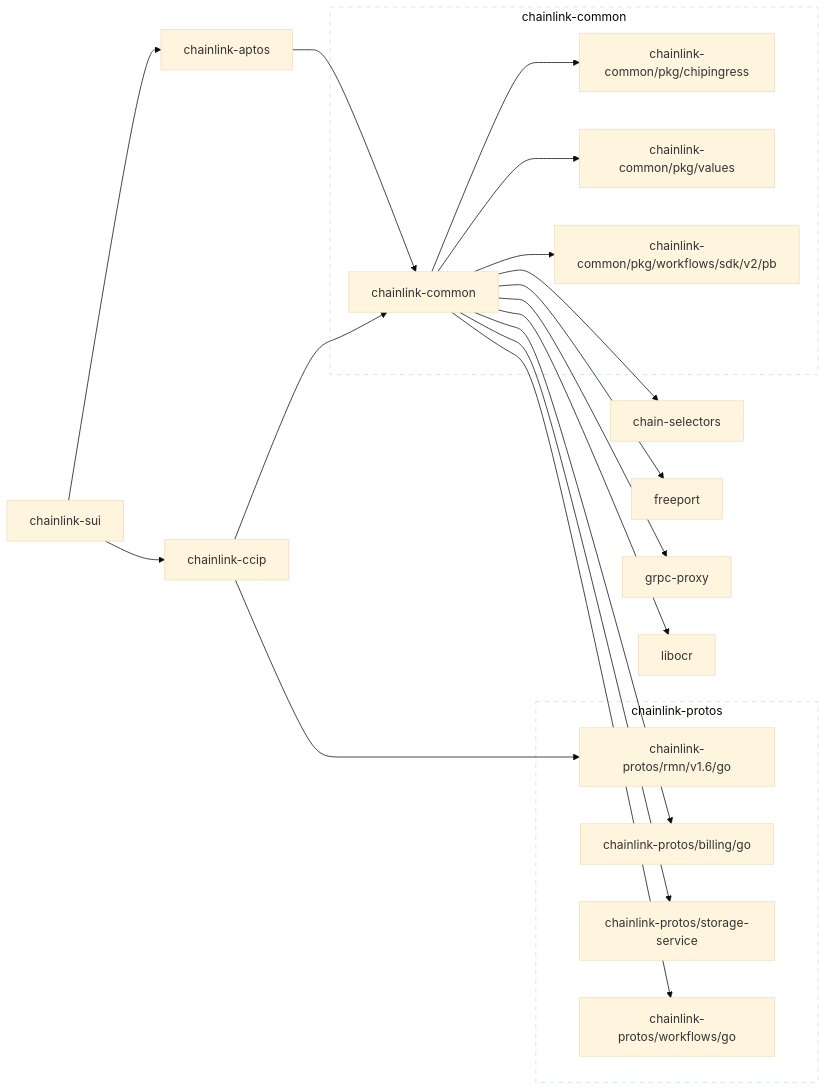
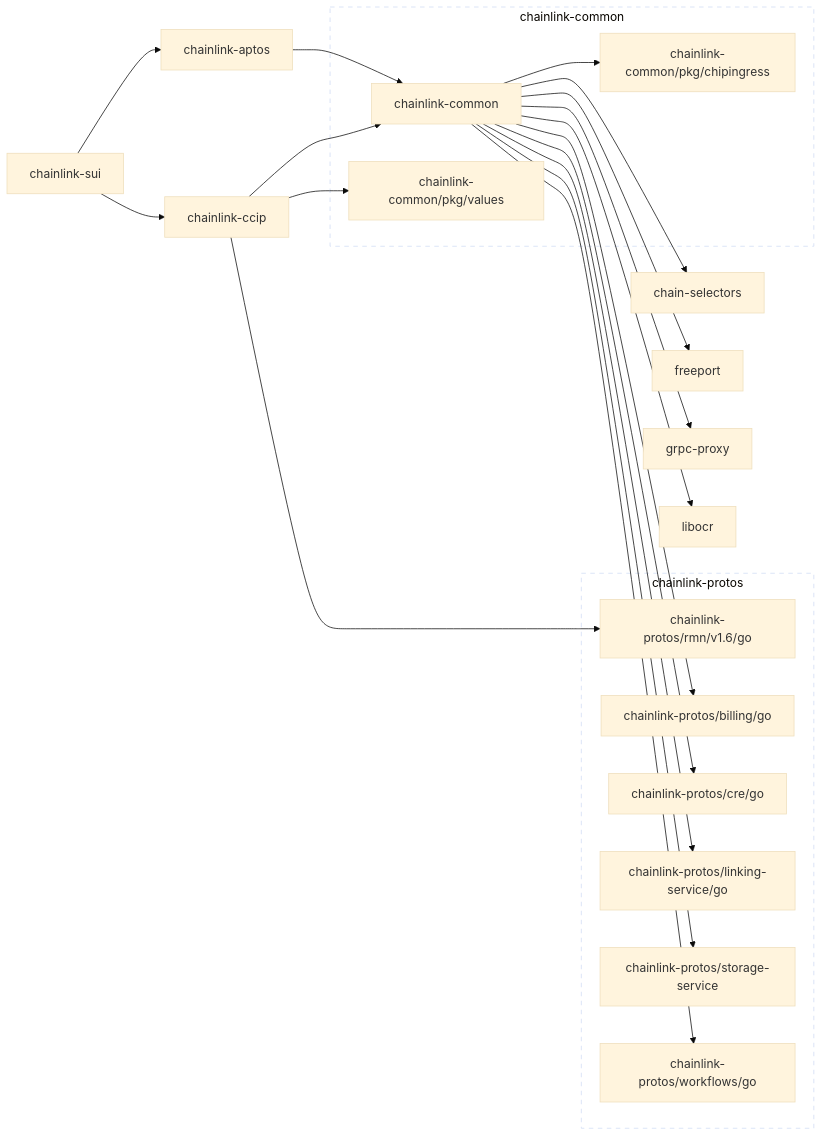
One commit to smartcontractkit/chainlink-sui changed the first of 2 diagrams in go.md. Above: the diagram before and after it, drawn with Mermaid (base theme). The commit also changed other lines of this file and 7 other files, not shown here.

````diff
--- a/go.md
+++ b/go.md
@@ -3,64 +3,68 @@
 ```mermaid
 flowchart LR
 
 	chain-selectors
 	click chain-selectors href "https://github.com/smartcontractkit/chain-selectors"
 	chainlink-aptos --> chainlink-common
 	click chainlink-aptos href "https://github.com/smartcontractkit/chainlink-aptos"
 	chainlink-ccip --> chainlink-common
+	chainlink-ccip --> chainlink-common/pkg/values
 	chainlink-ccip --> chainlink-protos/rmn/v1.6/go
 	click chainlink-ccip href "https://github.com/smartcontractkit/chainlink-ccip"
 	chainlink-common --> chain-selectors
 	chainlink-common --> chainlink-common/pkg/chipingress
-	chainlink-common --> chainlink-common/pkg/values
-	chainlink-common --> chainlink-common/pkg/workflows/sdk/v2/pb
 	chainlink-common --> chainlink-protos/billing/go
+	chainlink-common --> chainlink-protos/cre/go
+	chainlink-common --> chainlink-protos/linking-service/go
 	chainlink-common --> chainlink-protos/storage-service
 	chainlink-common --> chainlink-protos/workflows/go
 	chainlink-common --> freeport
 	chainlink-common --> grpc-proxy
 	chainlink-common --> libocr
 	click chainlink-common href "https://github.com/smartcontractkit/chainlink-common"
 	chainlink-common/pkg/chipingress
 	click chainlink-common/pkg/chipingress href "https://github.com/smartcontractkit/chainlink-common"
 	chainlink-common/pkg/values
 	click chainlink-common/pkg/values href "https://github.com/smartcontractkit/chainlink-common"
-	chainlink-common/pkg/workflows/sdk/v2/pb
-	click chainlink-common/pkg/workflows/sdk/v2/pb href "https://github.com/smartcontractkit/chainlink-common"
 	chainlink-protos/billing/go
 	click chainlink-protos/billing/go href "https://github.com/smartcontractkit/chainlink-protos"
+	chainlink-protos/cre/go
+	click chainlink-protos/cre/go href "https://github.com/smartcontractkit/chainlink-protos"
+	chainlink-protos/linking-service/go
+	click chainlink-protos/linking-service/go href "https://github.com/smartcontractkit/chainlink-protos"
 	chainlink-protos/rmn/v1.6/go
 	click chainlink-protos/rmn/v1.6/go href "https://github.com/smartcontractkit/chainlink-protos"
 	chainlink-protos/storage-service
 	click chainlink-protos/storage-service href "https://github.com/smartcontractkit/chainlink-protos"
 	chainlink-protos/workflows/go
 	click chainlink-protos/workflows/go href "https://github.com/smartcontractkit/chainlink-protos"
 	chainlink-sui --> chainlink-aptos
 	chainlink-sui --> chainlink-ccip
 	click chainlink-sui href "https://github.com/smartcontractkit/chainlink-sui"
 	freeport
 	click freeport href "https://github.com/smartcontractkit/freeport"
 	grpc-proxy
 	click grpc-proxy href "https://github.com/smartcontractkit/grpc-proxy"
 	libocr
 	click libocr href "https://github.com/smartcontractkit/libocr"
 
 	subgraph chainlink-common-repo[chainlink-common]
 		 chainlink-common
 		 chainlink-common/pkg/chipingress
 		 chainlink-common/pkg/values
-		 chainlink-common/pkg/workflows/sdk/v2/pb
 	end
 	click chainlink-common-repo href "https://github.com/smartcontractkit/chainlink-common"
 
 	subgraph chainlink-protos-repo[chainlink-protos]
 		 chainlink-protos/billing/go
+		 chainlink-protos/cre/go
+		 chainlink-protos/linking-service/go
 		 chainlink-protos/rmn/v1.6/go
 		 chainlink-protos/storage-service
 		 chainlink-protos/workflows/go
 	end
 	click chainlink-protos-repo href "https://github.com/smartcontractkit/chainlink-protos"
 
 	classDef outline stroke-dasharray:6,fill:none;
 	class chainlink-common-repo,chainlink-protos-repo outline
 ```
````
